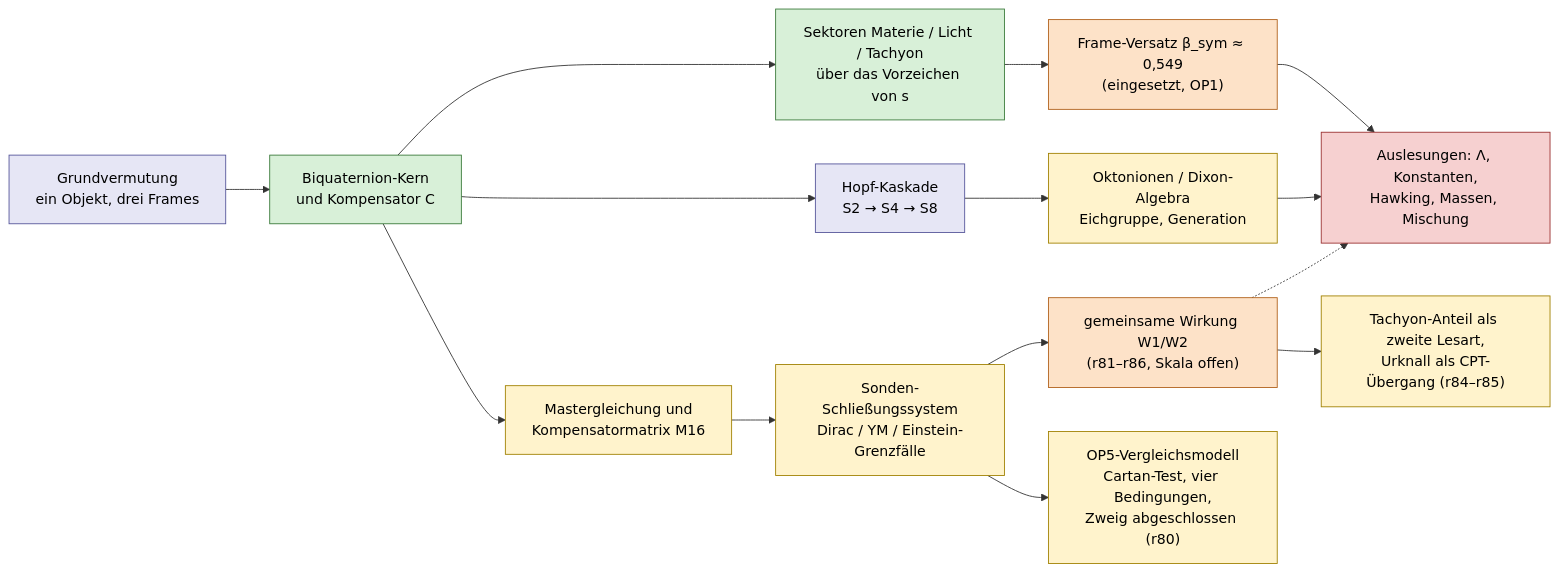
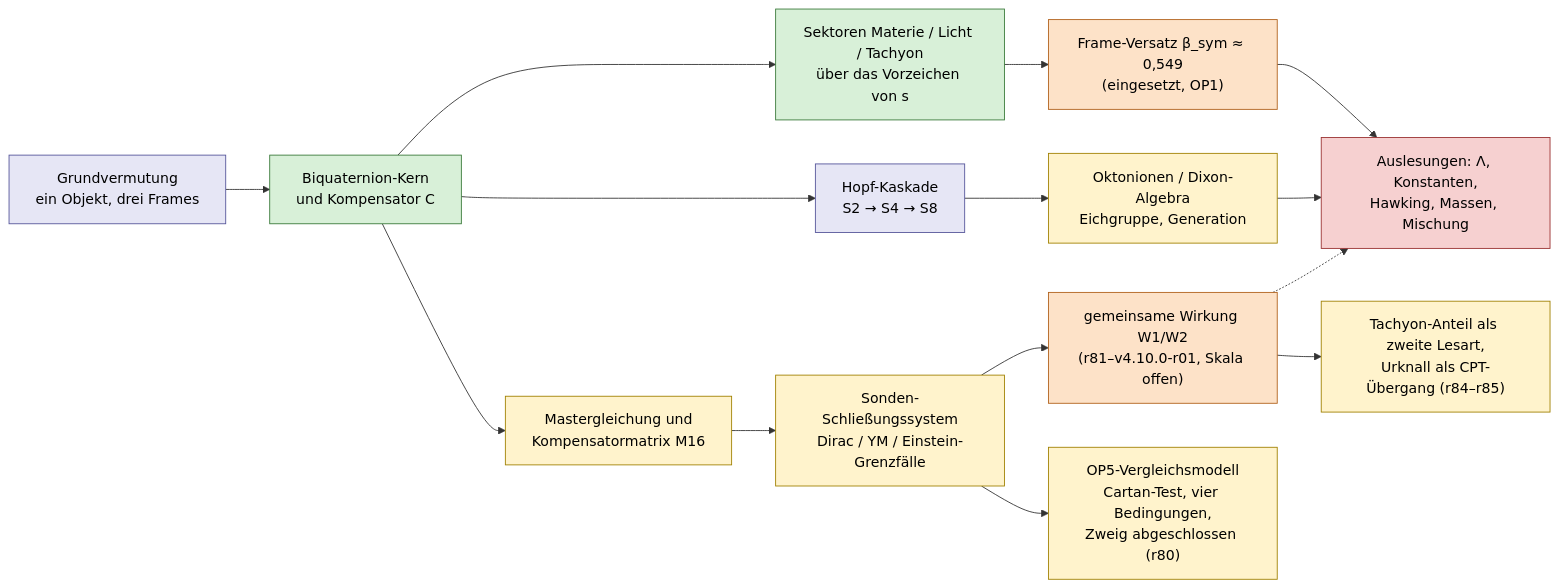
Before and after one commit to Moriarty1982/QuantumSphere-Unfold: the second of 2 diagrams in wiki/Gesamtbild.md, drawn with Mermaid. The commit also changed other lines of this file and 20 other files, not shown here.

````diff
--- a/wiki/Gesamtbild.md
+++ b/wiki/Gesamtbild.md
@@ -64,21 +64,21 @@
 ```mermaid
 flowchart LR
   V["Grundvermutung<br/>ein Objekt, drei Frames"]:::verm --> K["Biquaternion-Kern<br/>und Kompensator C"]:::ok
   K --> S["Sektoren Materie / Licht / Tachyon<br/>über das Vorzeichen von s"]:::ok
   K --> H["Hopf-Kaskade<br/>S2 → S4 → S8"]:::verm
   H --> O["Oktonionen / Dixon-Algebra<br/>Eichgruppe, Generation"]:::bed
   S --> B["Frame-Versatz β_sym ≈ 0,549<br/>(eingesetzt, OP1)"]:::offen
   B --> P["Auslesungen: Λ, Konstanten,<br/>Hawking, Massen, Mischung"]:::wid
   O --> P
   K --> M["Mastergleichung und<br/>Kompensatormatrix M16"]:::bed
   M --> F["Sonden-Schließungssystem<br/>Dirac / YM / Einstein-Grenzfälle"]:::bed
-  F --> D["gemeinsame Wirkung W1/W2<br/>(r81–r86, Skala offen)"]:::offen
+  F --> D["gemeinsame Wirkung W1/W2<br/>(r81–v4.10.0-r01, Skala offen)"]:::offen
   D --> W["Tachyon-Anteil als zweite Lesart,<br/>Urknall als CPT-Übergang (r84–r85)"]:::bed
   D -.-> P
   F --> OP5["OP5-Vergleichsmodell<br/>Cartan-Test, vier Bedingungen,<br/>Zweig abgeschlossen (r80)"]:::bed
   classDef ok fill:#d8f0d8,stroke:#3a7a3a,color:#000
   classDef verm fill:#e6e6f5,stroke:#55559a,color:#000
   classDef bed fill:#fff3cc,stroke:#a08000,color:#000
   classDef offen fill:#fde2c8,stroke:#b0601a,color:#000
   classDef wid fill:#f6d0d0,stroke:#9a3030,color:#000
 ```
````
